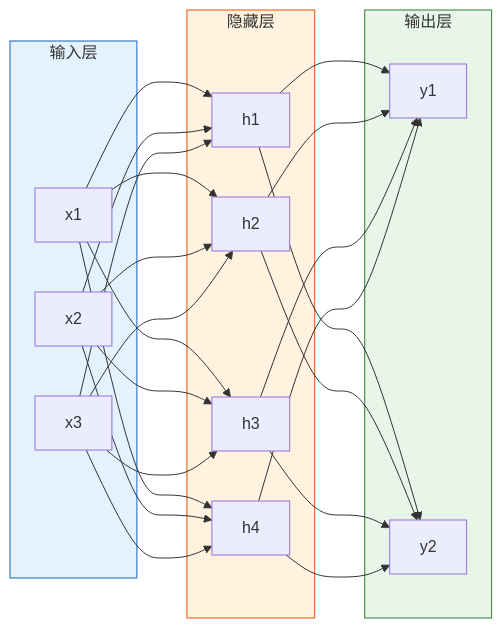
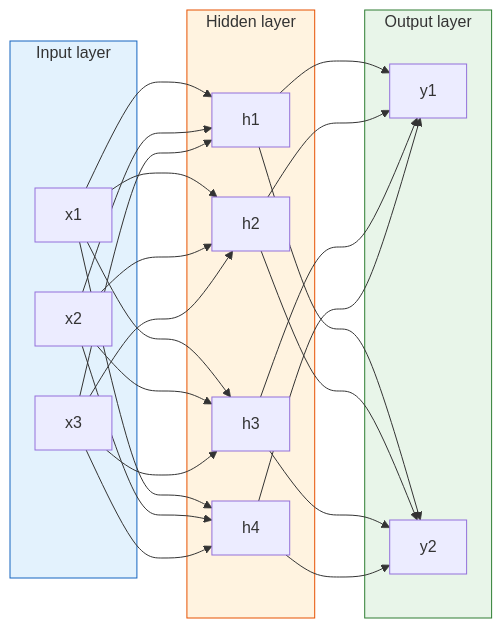
One commit to oudbiao/AI-fullstack-course changed the fourth of 5 diagrams in docs/ch06-deep-learning/ch01-nn-basics/01-neurons-activation.md. Above: the diagram before and after it, drawn with Mermaid. The commit also changed other lines of this file and 1406 other files, not shown here.

````diff
--- a/docs/ch06-deep-learning/ch01-nn-basics/01-neurons-activation.md
+++ b/docs/ch06-deep-learning/ch01-nn-basics/01-neurons-activation.md
@@ -403,30 +403,30 @@
 ```mermaid
 flowchart LR
-    subgraph INPUT["输入层"]
+    subgraph INPUT["Input layer"]
         I1["x1"]
         I2["x2"]
         I3["x3"]
     end
-    subgraph HIDDEN["隐藏层"]
+    subgraph HIDDEN["Hidden layer"]
         H1["h1"]
         H2["h2"]
         H3["h3"]
         H4["h4"]
     end
-    subgraph OUTPUT["输出层"]
+    subgraph OUTPUT["Output layer"]
         O1["y1"]
         O2["y2"]
     end
 
     I1 --> H1 & H2 & H3 & H4
     I2 --> H1 & H2 & H3 & H4
     I3 --> H1 & H2 & H3 & H4
     H1 --> O1 & O2
     H2 --> O1 & O2
     H3 --> O1 & O2
     H4 --> O1 & O2
 
     style INPUT fill:#e3f2fd,stroke:#1565c0,color:#333
     style HIDDEN fill:#fff3e0,stroke:#e65100,color:#333
     style OUTPUT fill:#e8f5e9,stroke:#2e7d32,color:#333
 ```
````
